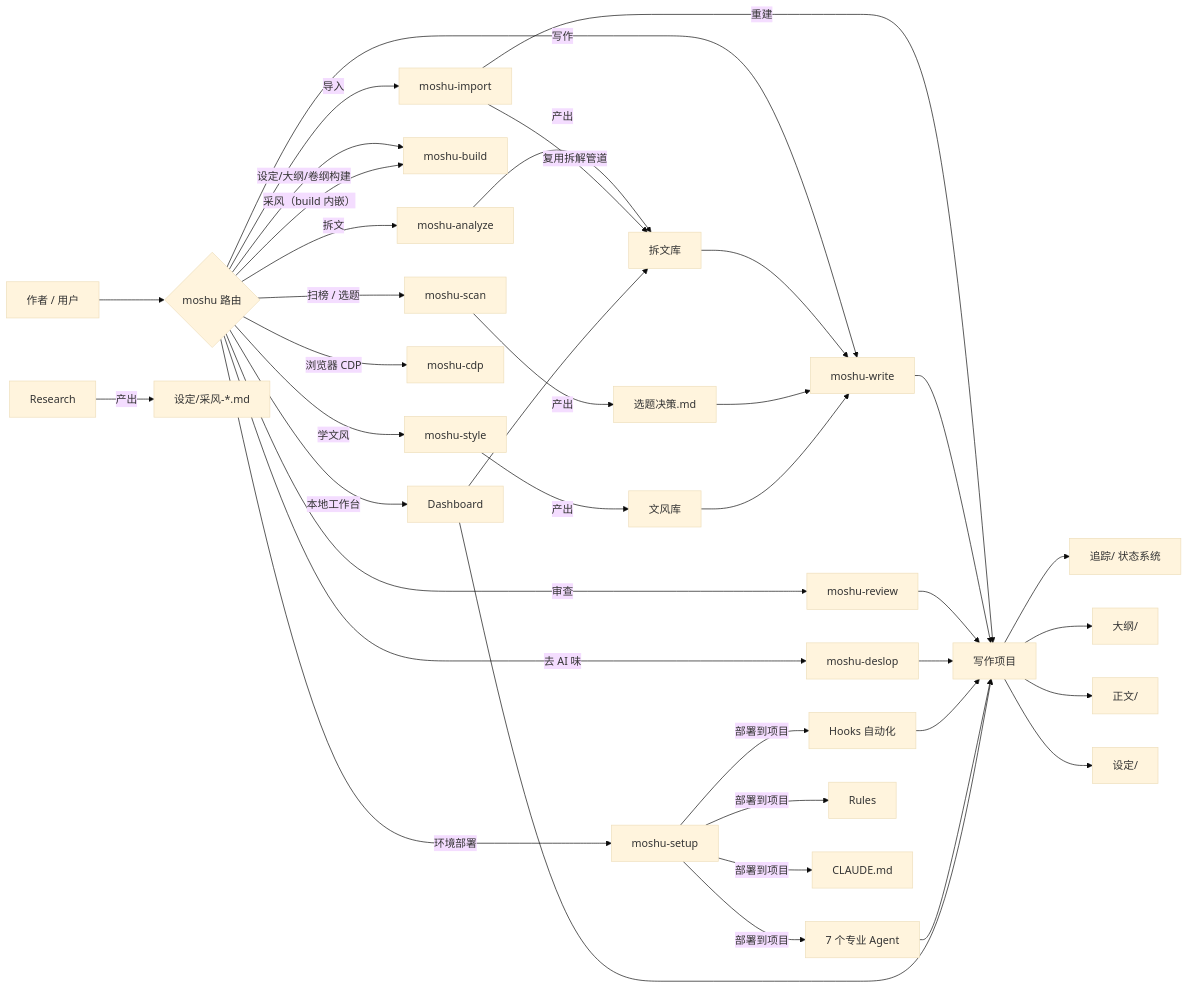
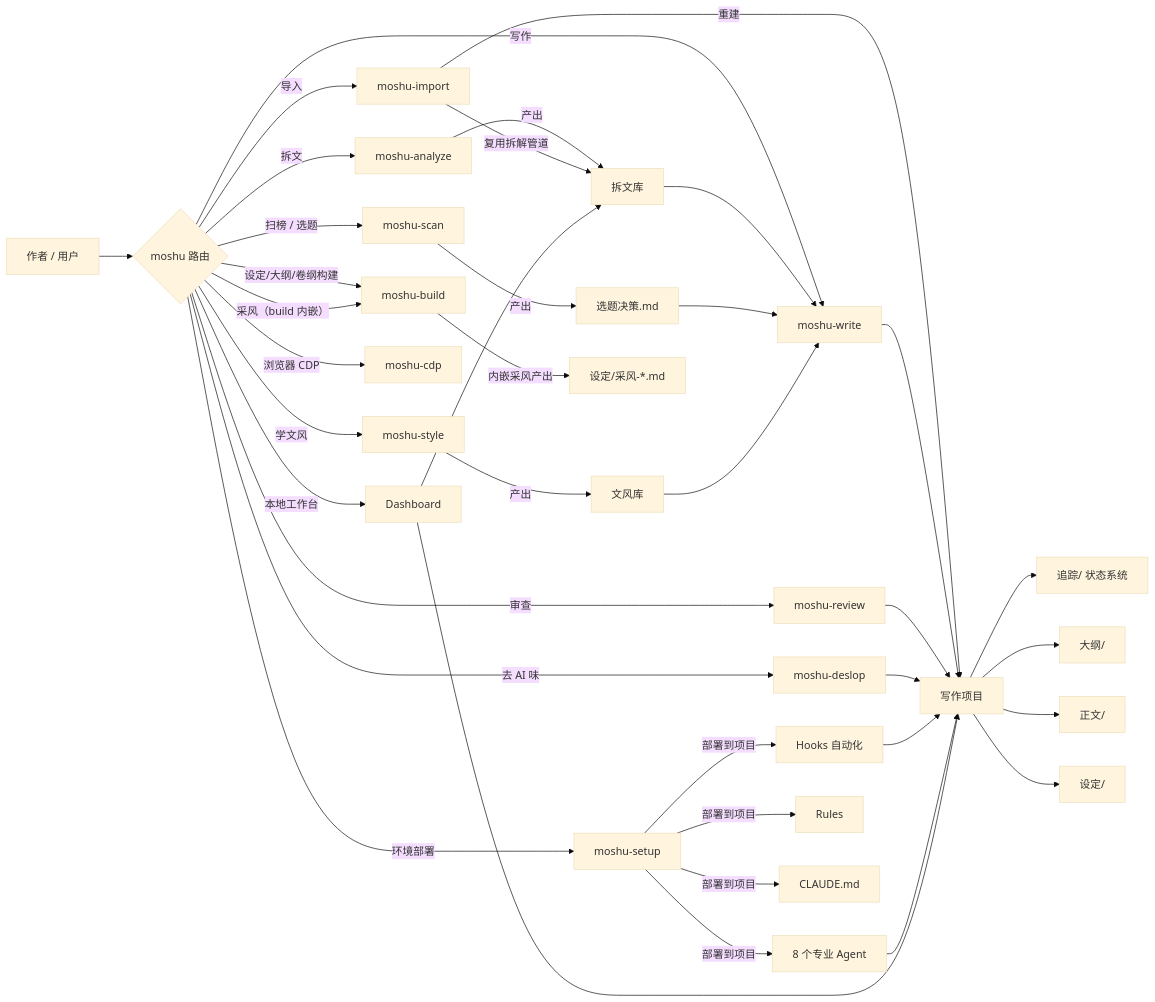
The first of 4 diagrams in docs/architecture.md (Chained1001/mo-shu), drawn with Mermaid (base theme) before and after one commit. The commit also changed other lines of this file and 5 other files, not shown here.

Commit message:
docs: 产品文档（PRD+FSD）v2.0——定位/用户/全景/旅程/哲学/边界 + 架构四层/管线规格/Agent/自动化/部署/契约/预算/降级 + 真源对照表；顺带修 architecture.md 三处陈旧（8 agent/76 组/采风产出线挂 build，B46 审核勘误同步落档）+ README/导读/CHANGELOG 同步

````diff
--- a/docs/architecture.md
+++ b/docs/architecture.md
@@ -8,46 +8,46 @@
 ```mermaid
 flowchart LR
     U[作者 / 用户] --> R{moshu 路由}
 
     R -->|扫榜 / 选题| Scan[moshu-scan]
     R -->|拆文| Analyze[moshu-analyze]
     R -->|写作| Write[moshu-write]
     R -->|设定/大纲/卷纲构建| Build[moshu-build]
     R -->|导入| Import[moshu-import]
     R -->|去 AI 味| Deslop[moshu-deslop]
     R -->|学文风| Style[moshu-style]
     R -->|审查| Review[moshu-review]
     R -->|环境部署| Setup[moshu-setup]
     R -->|浏览器 CDP| CDP[moshu-cdp]
     R -->|采风（build 内嵌）| Build
     R -->|本地工作台| Dash[Dashboard]
 
     Setup -->|部署到项目| Hooks[Hooks 自动化]
-    Setup -->|部署到项目| Agents[7 个专业 Agent]
+    Setup -->|部署到项目| Agents[8 个专业 Agent]
     Setup -->|部署到项目| Rules[Rules]
     Setup -->|部署到项目| Claude[CLAUDE.md]
 
     Analyze -->|产出| Library[拆文库]
     Library --> Write
     Import -->|复用拆解管道| Library
     Import -->|重建| Project[写作项目]
     Scan -->|产出| Decision[选题决策.md]
     Decision --> Write
     Style -->|产出| StyleLib[文风库]
     StyleLib --> Write
-    Research -->|产出| Caifeng[设定/采风-*.md]
+    Build -->|内嵌采风产出| Caifeng[设定/采风-*.md]
 
     Write --> Project
     Review --> Project
     Deslop --> Project
 
     Project --> Tracking[追踪/ 状态系统]
     Project --> Outline[大纲/]
     Project --> Prose[正文/]
     Project --> Setting[设定/]
 
     Hooks --> Project
     Agents --> Project
     Dash --> Project
     Dash --> Library
 ```
````
